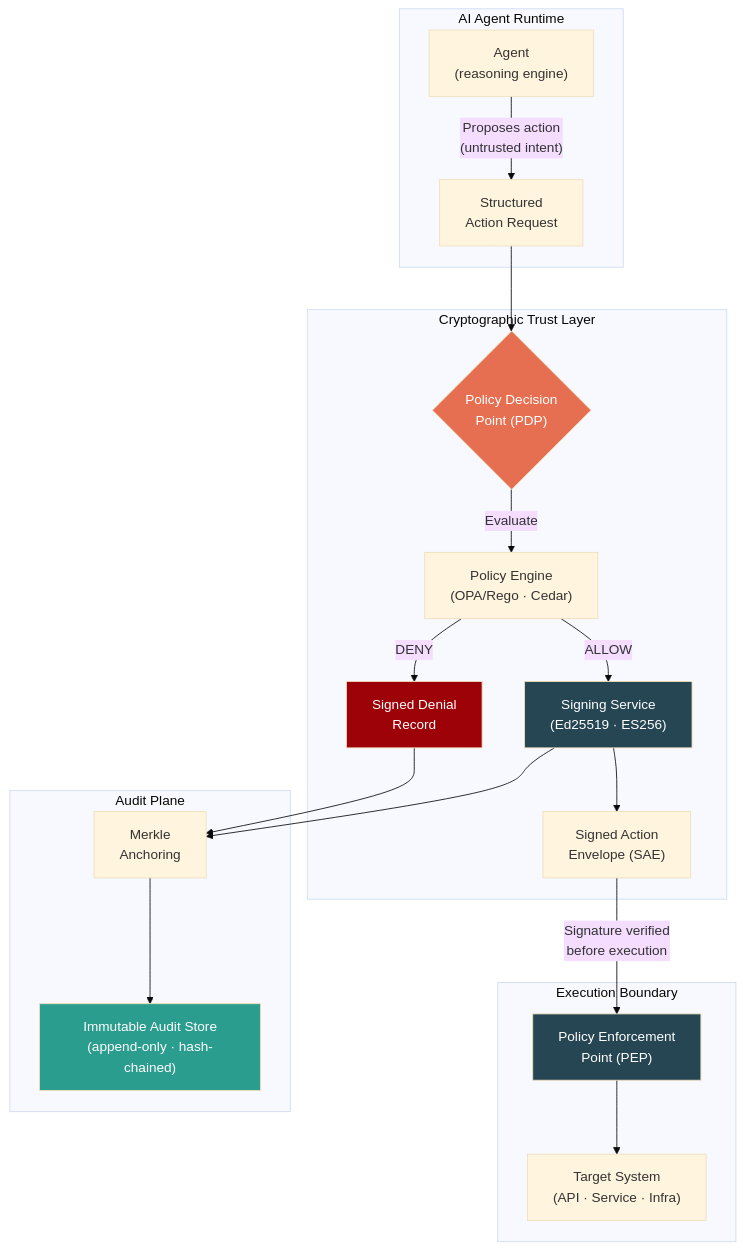
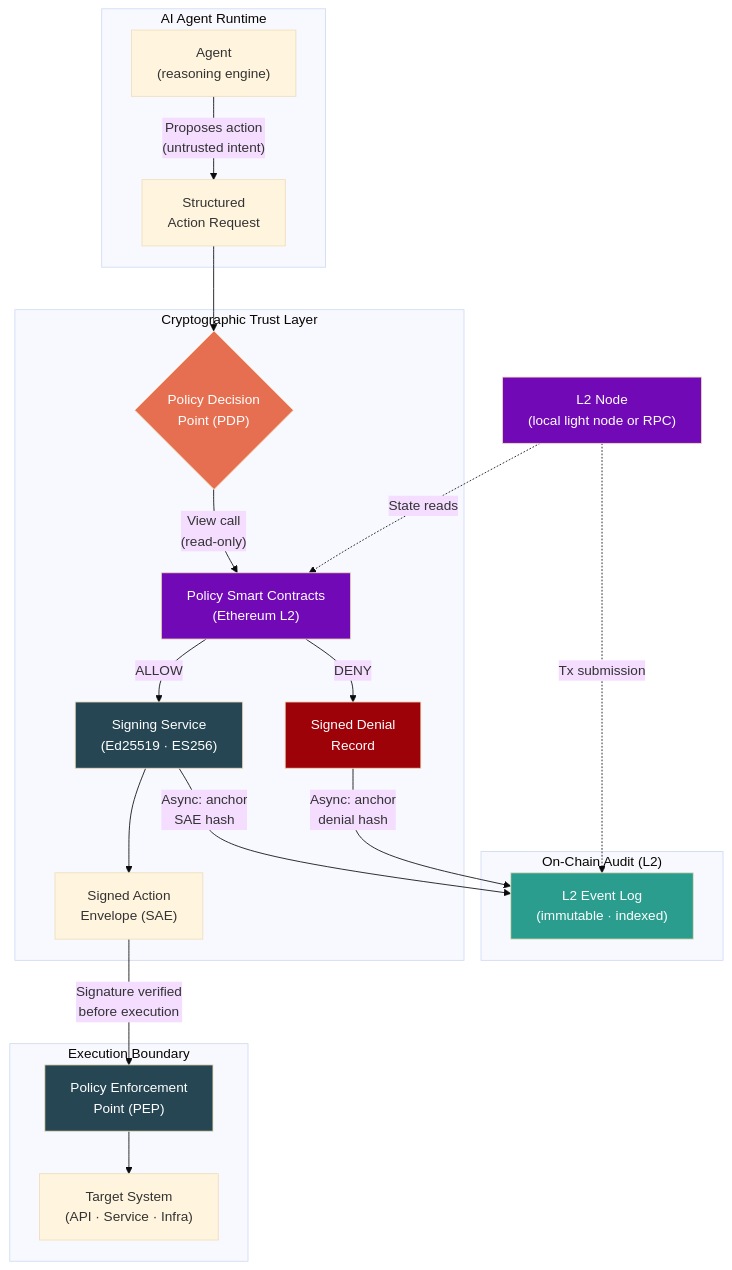
Before and after one commit to kjayashr/cryptographic-trust-layer: the third of 13 diagrams in cryptographic-trust-layer-thesis.md, drawn with Mermaid (base theme). The commit also changed other lines of this file, not shown here.

First line of the commit message:
Rewrite architecture to smart contract-based enforcement on Ethereum L2

````diff
--- a/cryptographic-trust-layer-thesis.md
+++ b/cryptographic-trust-layer-thesis.md
@@ -109,31 +110,35 @@
 ```mermaid
 graph TB
     subgraph "AI Agent Runtime"
         A["Agent<br/>(reasoning engine)"] -->|"Proposes action<br/>(untrusted intent)"| B["Structured<br/>Action Request"]
     end
 
     subgraph "Cryptographic Trust Layer"
         B --> PDP{"Policy Decision<br/>Point (PDP)"}
-        PDP -->|"Evaluate"| PE["Policy Engine<br/>(OPA/Rego · Cedar)"]
-        PE -->|ALLOW| CS["Signing Service<br/>(Ed25519 · ES256)"]
-        PE -->|DENY| DR["Signed Denial<br/>Record"]
+        PDP -->|"View call<br/>(read-only)"| SC["Policy Smart Contracts<br/>(Ethereum L2)"]
+        SC -->|ALLOW| CS["Signing Service<br/>(Ed25519 · ES256)"]
+        SC -->|DENY| DR["Signed Denial<br/>Record"]
         CS --> SAE["Signed Action<br/>Envelope (SAE)"]
     end
 
     subgraph "Execution Boundary"
         SAE -->|"Signature verified<br/>before execution"| PEP["Policy Enforcement<br/>Point (PEP)"]
         PEP --> TGT["Target System<br/>(API · Service · Infra)"]
     end
 
-    subgraph "Audit Plane"
-        CS --> MA["Merkle<br/>Anchoring"]
-        DR --> MA
-        MA --> IAS["Immutable Audit Store<br/>(append-only · hash-chained)"]
+    subgraph "On-Chain Audit (L2)"
+        CS -->|"Async: anchor<br/>SAE hash"| L2["L2 Event Log<br/>(immutable · indexed)"]
+        DR -->|"Async: anchor<br/>denial hash"| L2
     end
 
+    L2N["L2 Node<br/>(local light node or RPC)"] -.->|"State reads"| SC
+    L2N -.->|"Tx submission"| L2
+
     style PDP fill:#e76f51,color:#fff
+    style SC fill:#7209b6,color:#fff
     style CS fill:#264653,color:#fff
     style PEP fill:#264653,color:#fff
-    style IAS fill:#2a9d8f,color:#fff
+    style L2 fill:#2a9d8f,color:#fff
     style DR fill:#9d0208,color:#fff
+    style L2N fill:#7209b6,color:#fff
 ```
````
